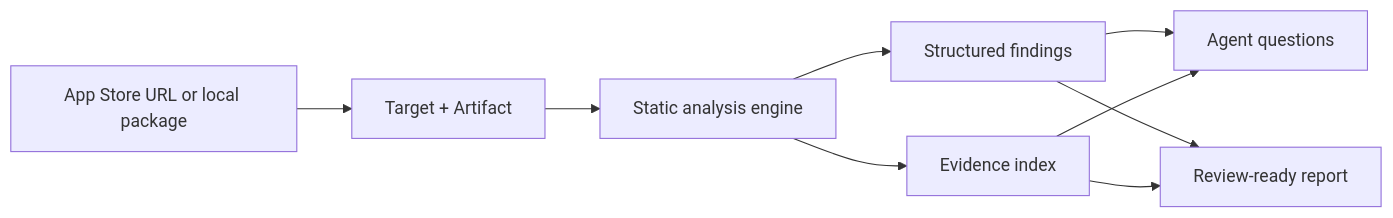
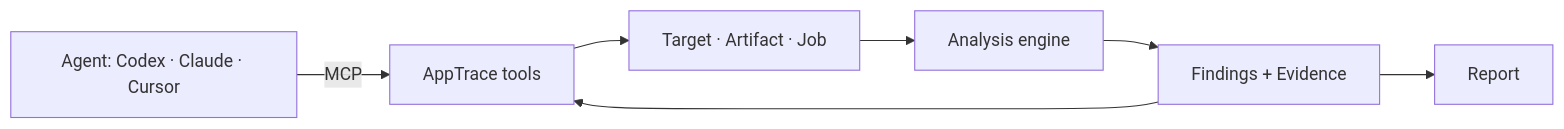
One commit to zhuixin-labs/app-evidence changed the diagram in README.md. Above: the diagram before and after it, drawn with Mermaid. The commit also changed other lines of this file and 1 other file, not shown here.

Commit message:
Rewrite README around agent usage

````diff
--- a/README.md
+++ b/README.md
@@ -62,11 +149,9 @@
 ```mermaid
 flowchart LR
-    A[App Store URL or local package] --> B[Target + Artifact]
-    B --> C[Static analysis engine]
-    C --> D[Structured findings]
-    C --> E[Evidence index]
-    D --> F[Agent questions]
-    E --> F
-    D --> G[Review-ready report]
-    E --> G
+    A[Agent: Codex · Claude · Cursor] -->|MCP| B[AppTrace tools]
+    B --> C[Target · Artifact · Job]
+    C --> D[Analysis engine]
+    D --> E[Findings + Evidence]
+    E --> B
+    E --> F[Report]
 ```
````
